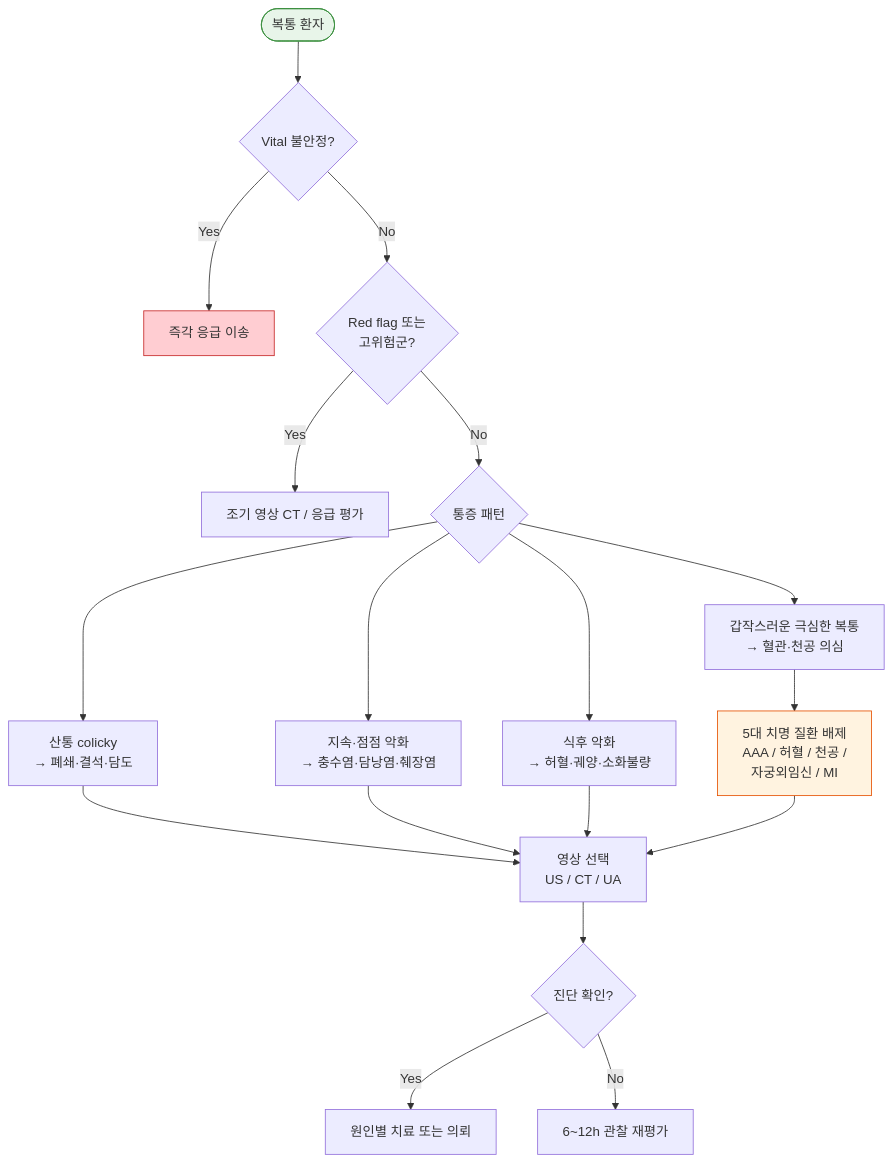
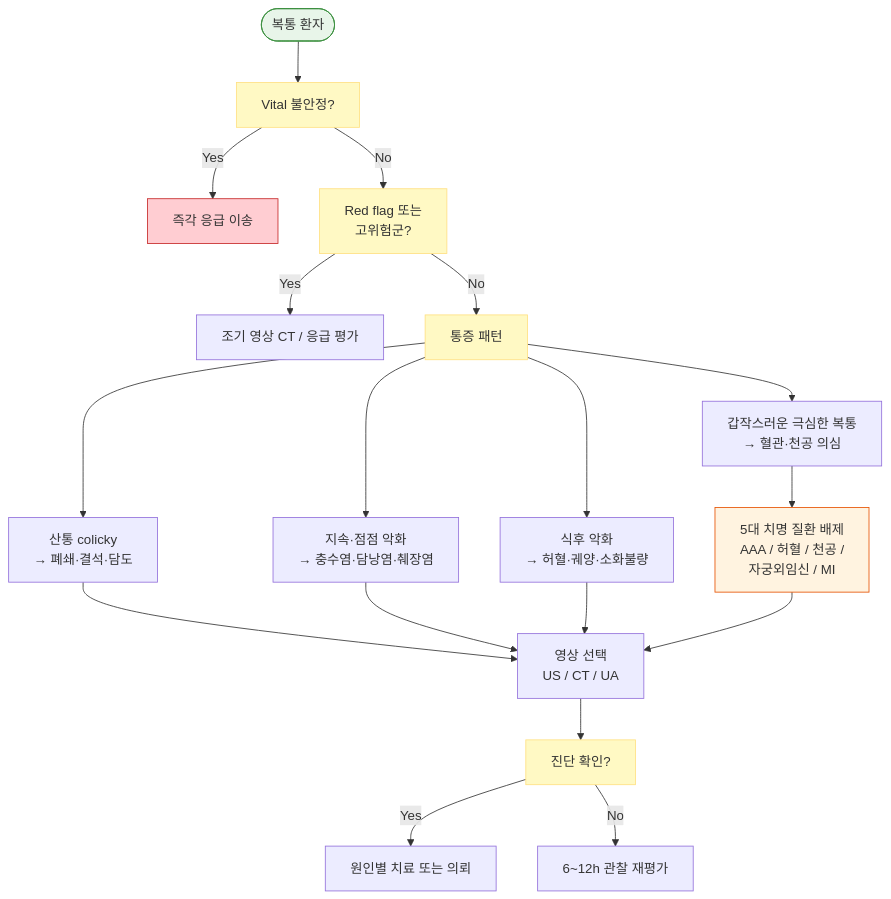
Before and after one commit to familyoh77/familyoh77: the third of 3 diagrams in 220_/003_-abdominal-pain.md, drawn with Mermaid. The commit also changed other lines of this file, not shown here.

````diff
--- a/220_/003_-abdominal-pain.md
+++ b/220_/003_-abdominal-pain.md
@@ -337,23 +339,25 @@
 ```mermaid
 graph TD
-    A([복통 환자]) --> B{Vital 불안정?}
+    A([복통 환자]) --> B["Vital 불안정?"]
     B -- Yes --> C[즉각 응급 이송]
-    B -- No --> D{"Red flag 또는 <br/>고위험군?"}
+    B -- No --> D["Red flag 또는 <br/>고위험군?"]
     D -- Yes --> E["조기 영상 CT / 응급 평가"]
-    D -- No --> F{통증 패턴}
+    D -- No --> F["통증 패턴"]
     F --> G["갑작스러운 극심한 복통<br/>→ 혈관·천공 의심"]
     F --> H["산통 colicky <br/>→ 폐쇄·결석·담도"]
     F --> I["지속·점점 악화 <br/>→ 충수염·담낭염·췌장염"]
     F --> J["식후 악화 <br/>→ 허혈·궤양·소화불량"]
     G --> K["5대 치명 질환 배제 <br/>AAA / 허혈 / 천공 / <br/>자궁외임신 / MI"]
     H --> L["영상 선택 <br/>US / CT / UA"]
     I --> L
     J --> L
     K --> L
-    L --> M{진단 확인?}
+    L --> M["진단 확인?"]
     M -- Yes --> N["원인별 치료 또는 의뢰"]
     M -- No --> O["6~12h 관찰 재평가"]
     style A fill:#e8f5e9,stroke:#388e3c
     style C fill:#ffcdd2,stroke:#c62828
     style K fill:#fff3e0,stroke:#e65100
+    classDef yellow fill:#fff9c4,stroke:#ffe082
+    class B,D,F,M yellow
 ```
````
